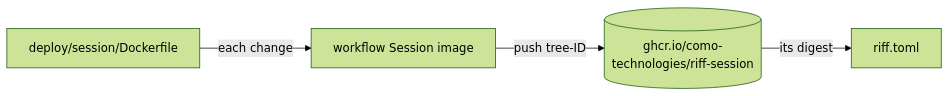
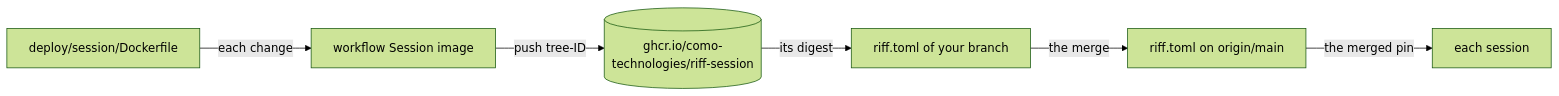
One commit to como-technologies/riff changed the seventh of 27 diagrams in docs/src/development.md. Above: the diagram before and after it, drawn with Mermaid (forest theme). The commit also changed other lines of this file and 3 other files, not shown here.

Commit message:
WIP: the book and the requirements of the merged pin

````diff
--- a/docs/src/development.md
+++ b/docs/src/development.md
@@ -447,6 +447,8 @@
 ```mermaid
 flowchart LR
     D["deploy/session/Dockerfile"] -- "each change" --> W["workflow Session image"]
     W -- "push tree-ID" --> G[("ghcr.io/como-technologies/riff-session")]
-    G -- "its digest" --> T["riff.toml"]
+    G -- "its digest" --> T["riff.toml of your branch"]
+    T -- "the merge" --> M["riff.toml on origin/main"]
+    M -- "the merged pin" --> S["each session"]
 ```
````
